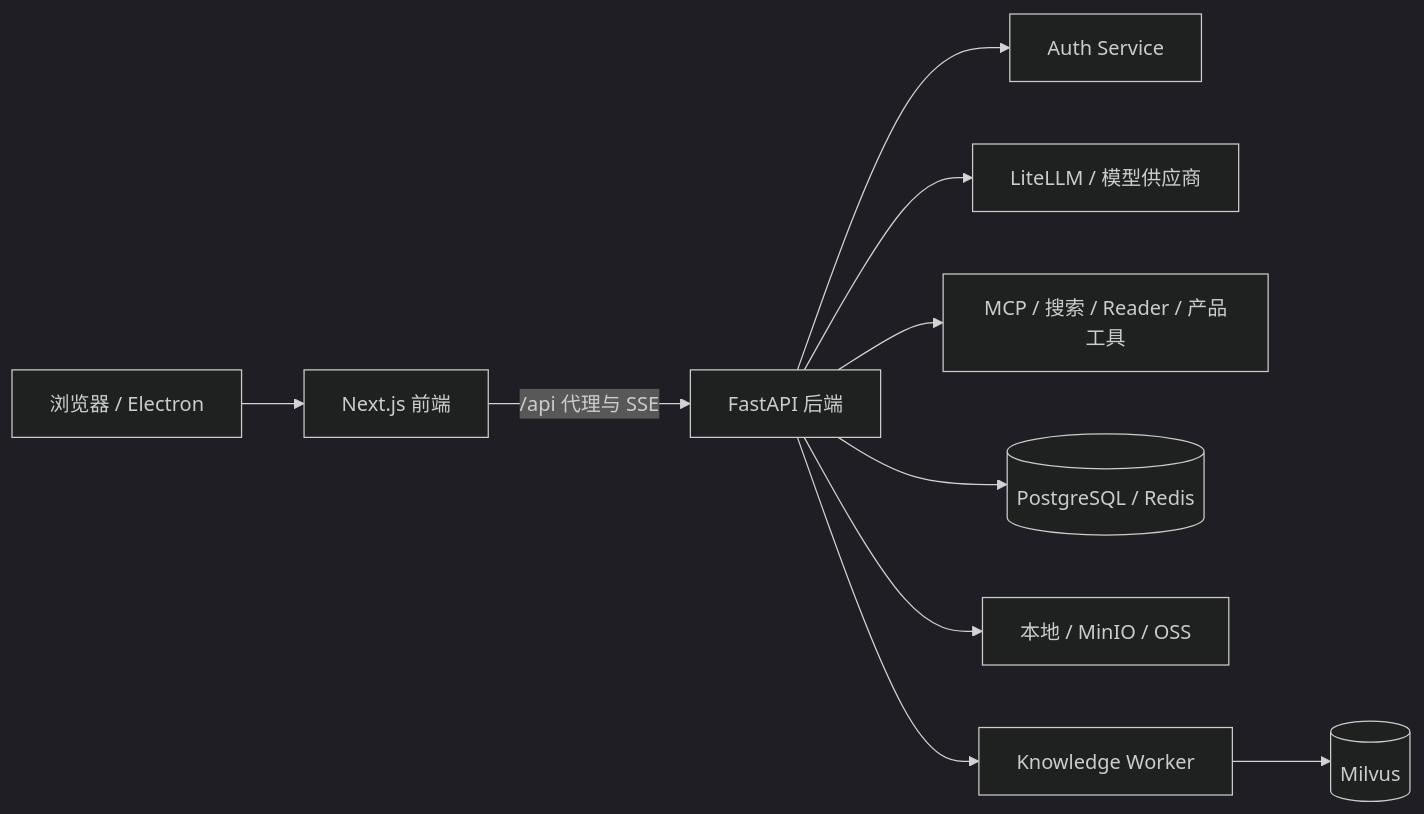
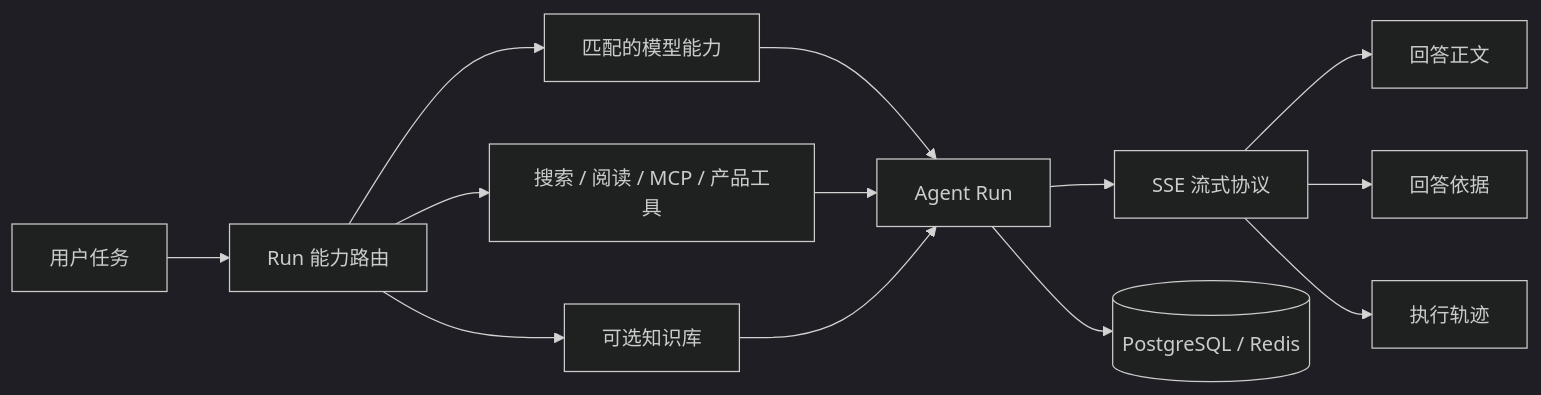
Before and after one commit to HyxiaoGe/fusion: the diagram in README.md, drawn with Mermaid (dark theme). The commit also changed other lines of this file and 9 other files, not shown here.

````diff
--- a/README.md
+++ b/README.md
@@ -23,12 +46,15 @@
 ```mermaid
 flowchart LR
-    User[浏览器 / Electron] --> UI[Next.js 前端]
-    UI -->|/api 代理与 SSE| API[FastAPI 后端]
-    API --> Auth[Auth Service]
-    API --> Models[LiteLLM / 模型供应商]
-    API --> Tools[MCP / 搜索 / Reader / 产品工具]
-    API --> Data[(PostgreSQL / Redis)]
-    API --> Storage[本地 / MinIO / OSS]
-    API --> Worker[Knowledge Worker]
-    Worker --> Milvus[(Milvus)]
+    User[用户任务] --> Router[Run 能力路由]
+    Router --> Model[匹配的模型能力]
+    Router --> Tools[搜索 / 阅读 / MCP / 产品工具]
+    Router --> Knowledge[可选知识库]
+    Model --> Agent[Agent Run]
+    Tools --> Agent
+    Knowledge --> Agent
+    Agent --> Stream[SSE 流式协议]
+    Stream --> Chat[回答正文]
+    Stream --> Evidence[回答依据]
+    Stream --> Trajectory[执行轨迹]
+    Agent --> State[(PostgreSQL / Redis)]
 ```
````
